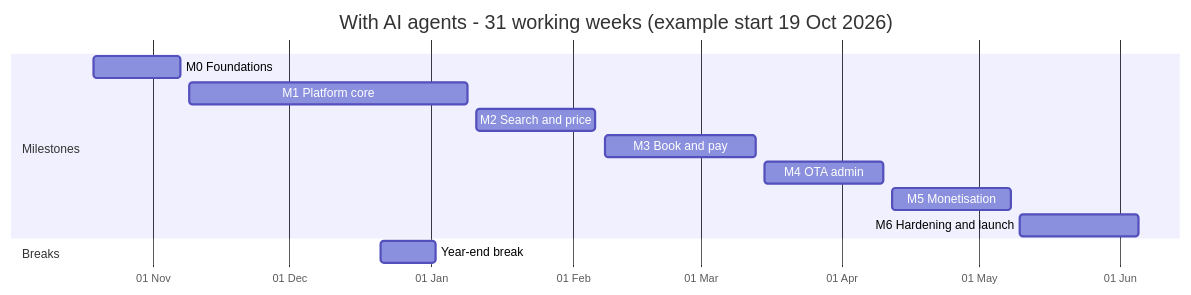
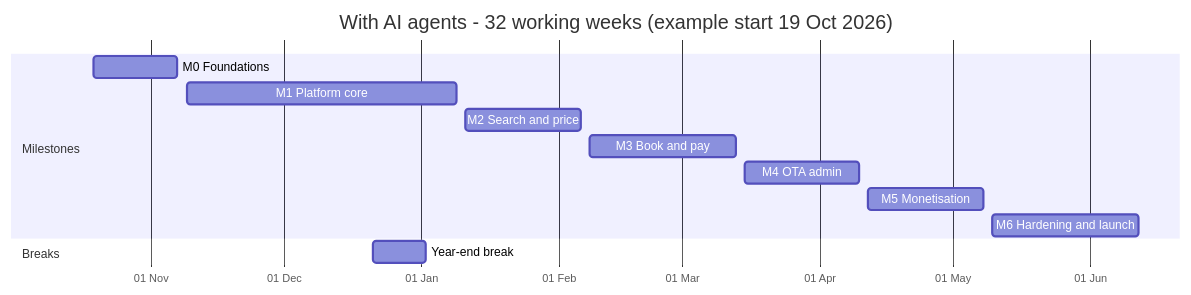
The first of 3 diagrams in docs/mvp/plans/roadmap.md (bhagwati-prasad/velexis-ota), drawn with Mermaid before and after one commit. The commit also changed other lines of this file and 15 other files, not shown here.

````diff
--- a/docs/mvp/plans/roadmap.md
+++ b/docs/mvp/plans/roadmap.md
@@ -74,16 +78,16 @@
 ```mermaid
 gantt
-  title With AI agents - 31 working weeks (example start 19 Oct 2026)
+  title With AI agents - 32 working weeks (example start 19 Oct 2026)
   dateFormat YYYY-MM-DD
   axisFormat %d %b
   section Milestones
   M0 Foundations          :m0, 2026-10-19, 2026-11-07
   M1 Platform core        :m1, 2026-11-09, 2027-01-09
   M2 Search and price     :m2, 2027-01-11, 2027-02-06
   M3 Book and pay         :m3, 2027-02-08, 2027-03-13
   M4 OTA admin            :m4, 2027-03-15, 2027-04-10
   M5 Monetisation         :m5, 2027-04-12, 2027-05-08
-  M6 Hardening and launch :m6, 2027-05-10, 2027-06-05
+  M6 Hardening and launch :m6, 2027-05-10, 2027-06-12
   section Breaks
   Year-end break          :2026-12-21, 2027-01-02
 ```
````
